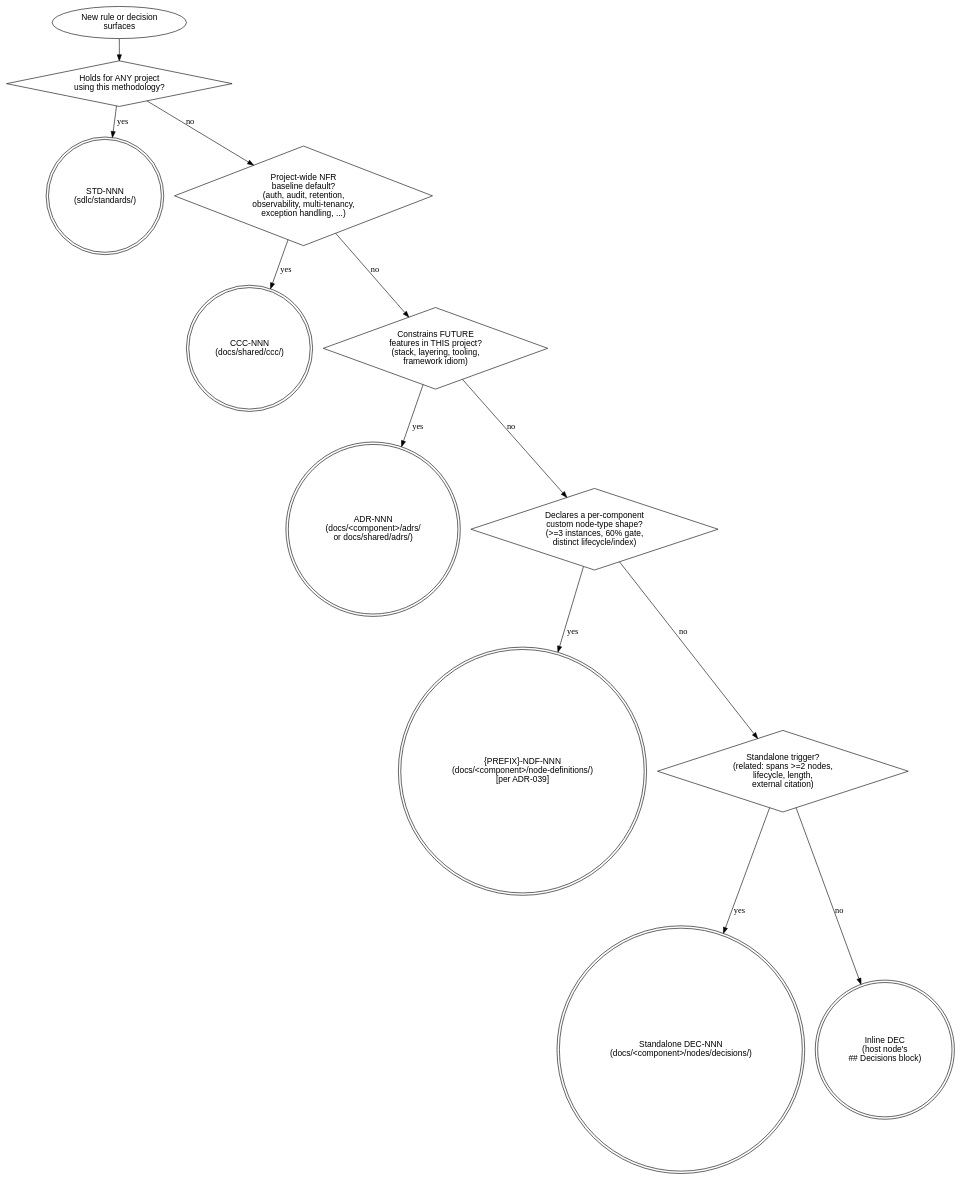
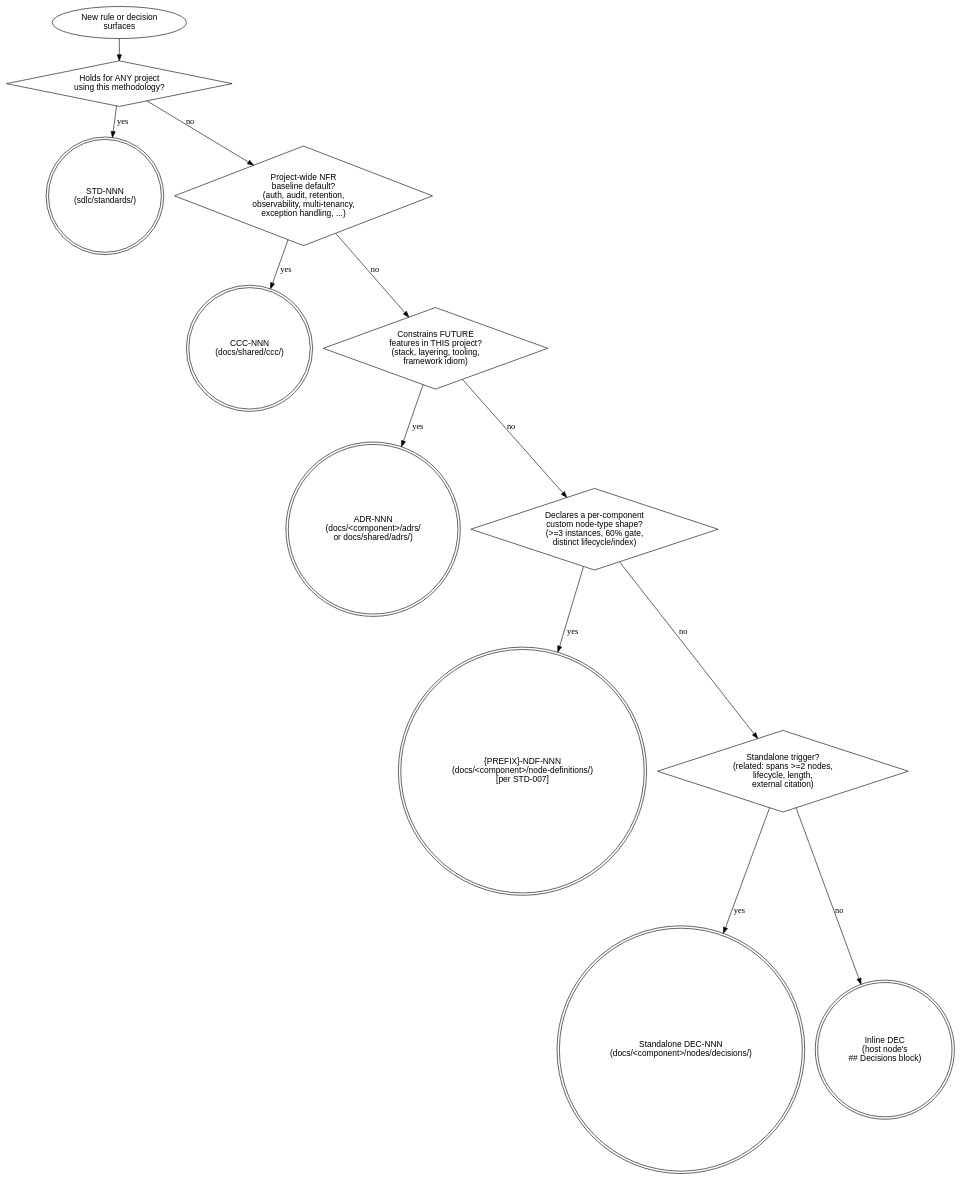
The diagram in sdlc/workflow/authoring-adr.md (thapaliyabikendra/agentic-dev-workspace), drawn with Graphviz before and after one commit. The commit also changed other lines of this file and 16 other files, not shown here.

First line of the commit message:
promote NDF spec to engine STD-007; re-point all ADR-039 cites (Rec-01)

````diff
--- a/sdlc/workflow/authoring-adr.md
+++ b/sdlc/workflow/authoring-adr.md
@@ -62,36 +62,36 @@
 ```dot
 digraph adr_discriminator {
     rankdir=TB;
     node [fontname="Helvetica"];
 
     rule     [shape=oval,    label="New rule or decision\nsurfaces"];
 
     q1       [shape=diamond, label="Holds for ANY project\nusing this methodology?"];
     std      [shape=doublecircle, label="STD-NNN\n(sdlc/standards/)"];
 
     q2       [shape=diamond, label="Project-wide NFR\nbaseline default?\n(auth, audit, retention,\nobservability, multi-tenancy,\nexception handling, ...)"];
     ccc      [shape=doublecircle, label="CCC-NNN\n(docs/shared/ccc/)"];
 
     q3       [shape=diamond, label="Constrains FUTURE\nfeatures in THIS project?\n(stack, layering, tooling,\nframework idiom)"];
     adr      [shape=doublecircle, label="ADR-NNN\n(docs/<component>/adrs/\nor docs/shared/adrs/)"];
 
     q3a      [shape=diamond, label="Declares a per-component\ncustom node-type shape?\n(>=3 instances, 60% gate,\ndistinct lifecycle/index)"];
-    ndf      [shape=doublecircle, label="{PREFIX}-NDF-NNN\n(docs/<component>/node-definitions/)\n[per ADR-039]"];
+    ndf      [shape=doublecircle, label="{PREFIX}-NDF-NNN\n(docs/<component>/node-definitions/)\n[per STD-007]"];
 
     q4       [shape=diamond, label="Standalone trigger?\n(related: spans >=2 nodes,\nlifecycle, length,\nexternal citation)"];
     decstd   [shape=doublecircle, label="Standalone DEC-NNN\n(docs/<component>/nodes/decisions/)"];
     decinl   [shape=doublecircle, label="Inline DEC\n(host node's\n## Decisions block)"];
 
     rule -> q1;
     q1 -> std [label="yes"];
     q1 -> q2  [label="no"];
     q2 -> ccc [label="yes"];
     q2 -> q3  [label="no"];
     q3 -> adr [label="yes"];
     q3 -> q3a [label="no"];
     q3a -> ndf [label="yes"];
     q3a -> q4  [label="no"];
     q4 -> decstd [label="yes"];
     q4 -> decinl [label="no"];
 }
 ```
````
